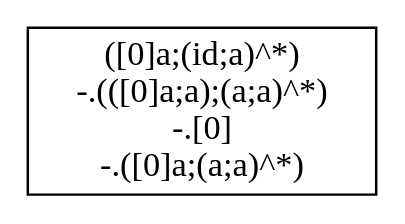
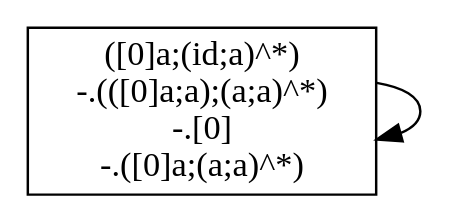
The diagram in reg.dot (jangreen/rat), drawn with Graphviz before and after one commit. The commit also changed 9 other files, not shown here.

```diff
--- a/reg.dot
+++ b/reg.dot
@@ -1,8 +1,9 @@
 digraph {
 node[shape="box"]
-N0x7fb225007058[label="([0]a;(id;a)^*)
+N0x7ff35cf1b8b8[label="([0]a;(id;a)^*)
 -.(([0]a;a);(a;a)^*)
 -.[0]
 -.([0]a;(a;a)^*)
 "];
+N0x7ff35cf1b8b8 -> N0x7ff35cf1b8b8;
 }
```
